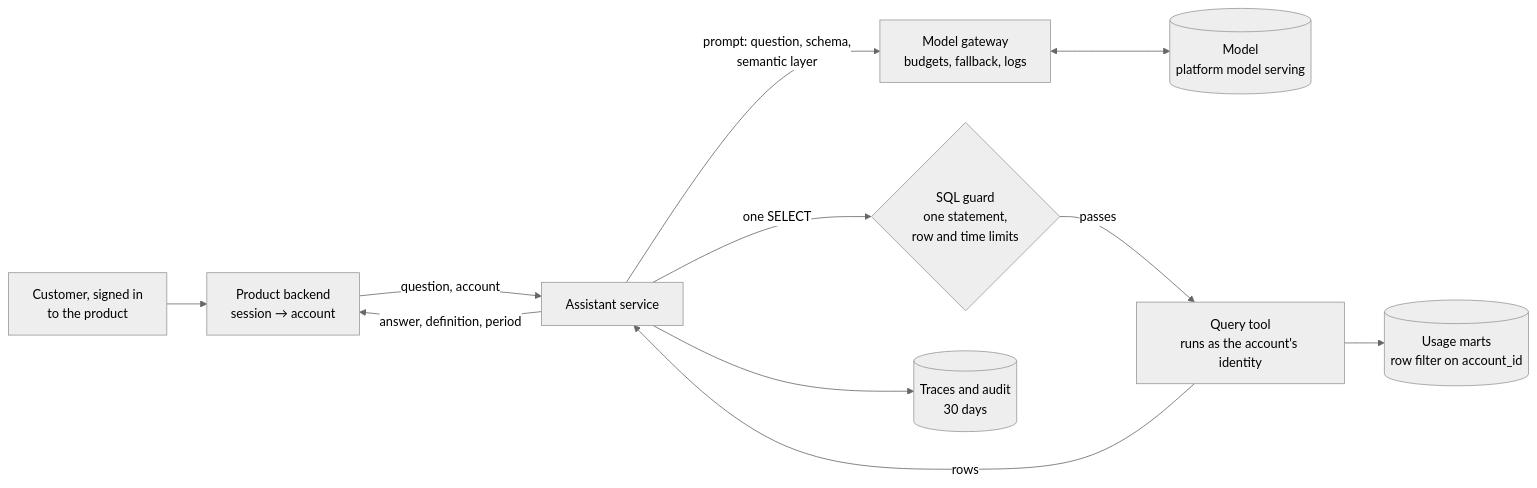
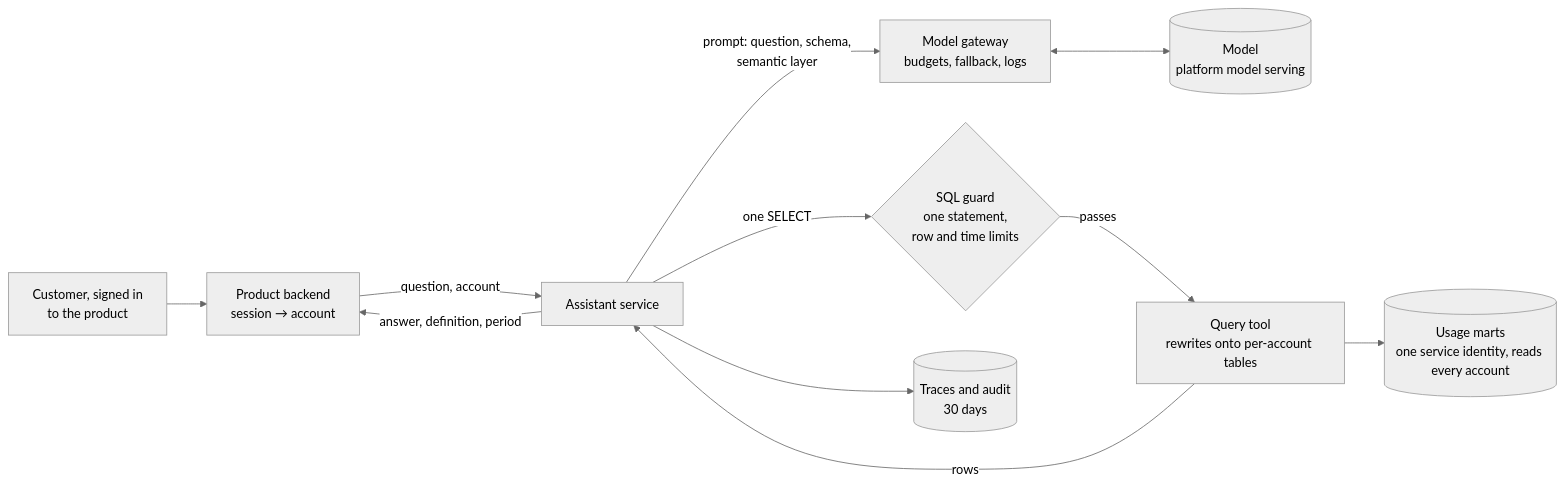
One commit to technobasant/ai-platform-architecture changed the diagram in docs/04-target-architecture.md. Above: the diagram before and after it, drawn with Mermaid (neutral theme). The commit also changed other lines of this file and 4 other files, not shown here.

````diff
--- a/docs/04-target-architecture.md
+++ b/docs/04-target-architecture.md
@@ -9,13 +9,13 @@
 ```mermaid
 flowchart LR
   customer[Customer, signed in<br/>to the product] --> product[Product backend<br/>session → account]
   product -- question, account --> svc[Assistant service]
   svc -- prompt: question, schema,<br/>semantic layer --> gw[Model gateway<br/>budgets, fallback, logs]
   gw <--> model[(Model<br/>platform model serving)]
   svc -- one SELECT --> guard{SQL guard<br/>one statement,<br/>row and time limits}
-  guard -- passes --> tool[Query tool<br/>runs as the account's identity]
-  tool --> marts[(Usage marts<br/>row filter on account_id)]
+  guard -- passes --> tool[Query tool<br/>rewrites onto per-account tables]
+  tool --> marts[(Usage marts<br/>one service identity, reads every account)]
   tool -- rows --> svc
   svc -- answer, definition, period --> product
   svc --> trace[(Traces and audit<br/>30 days)]
 ```
````
